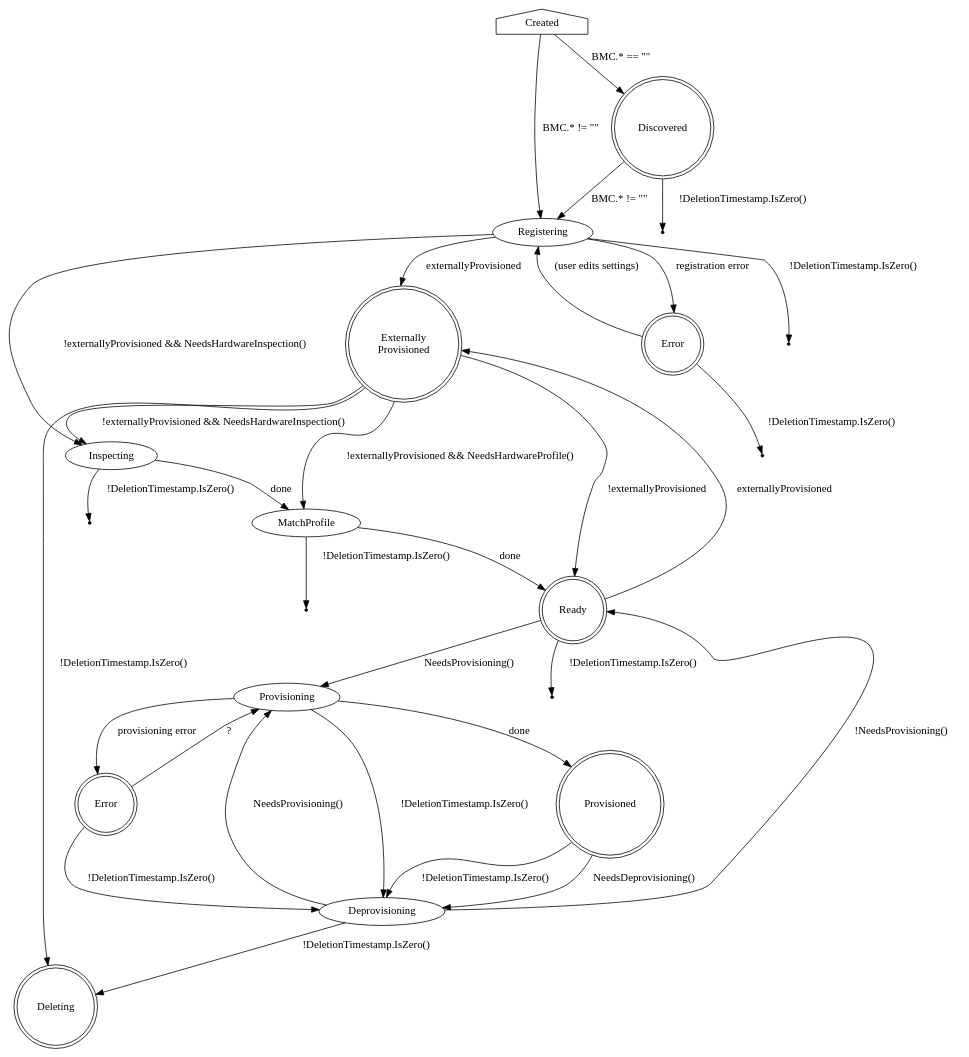
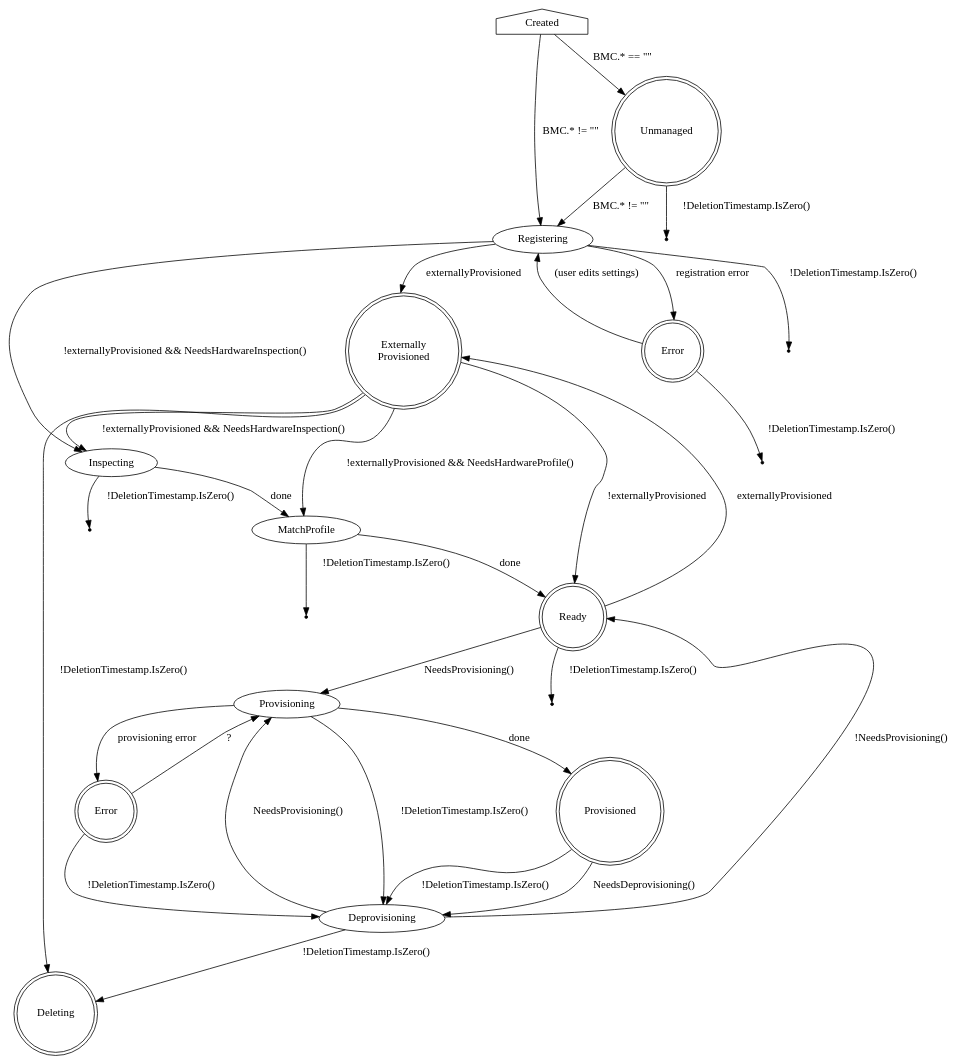
The diagram in docs/BaremetalHost_ProvisioningState.dot (metal3-io/baremetal-operator), drawn with Graphviz before and after one commit. The commit also changed 1 other file, not shown here.

Commit message:
Rename "Discovered" state to "Unmanaged" in state diagram
This state isn't actually implemented in the code, so before we
implement it rename it to "Unmanaged". This reflects the fact that what
this state really means is that the Host has been created without
attempting to provide credentials. That may have transpired through a
discovery process or some other mechanism.

```diff
--- a/docs/BaremetalHost_ProvisioningState.dot
+++ b/docs/BaremetalHost_ProvisioningState.dot
@@ -1,68 +1,68 @@
 digraph BaremetalHost {
     Created [shape=house]
-    Created -> Discovered [label="BMC.* == \"\""]
+    Created -> Unmanaged [label="BMC.* == \"\""]
     Created -> Registering [label="BMC.* != \"\""]
 
-    Discovered [shape=doublecircle]
-    Discovered -> Registering [label="BMC.* != \"\""]
-    Discovered -> Deleting1 [label="!DeletionTimestamp.IsZero()"]
+    Unmanaged [shape=doublecircle]
+    Unmanaged -> Registering [label="BMC.* != \"\""]
+    Unmanaged -> Deleting1 [label="!DeletionTimestamp.IsZero()"]
 
     Deleting1 [shape=point]
 
     ExternallyProvisioned [label="Externally\nProvisioned"]
 
     Registering -> Inspecting [label="!externallyProvisioned && NeedsHardwareInspection()"]
     Registering -> ExternallyProvisioned [label="externallyProvisioned"]
     Registering -> RegistrationError [shape=doublecircle label="registration error"]
     Registering -> Deleting2 [label="!DeletionTimestamp.IsZero()"]
 
     Deleting2 [shape=point]
 
     ExternallyProvisioned -> Inspecting [label="!externallyProvisioned && NeedsHardwareInspection()"]
     ExternallyProvisioned -> MatchProfile [label="!externallyProvisioned && NeedsHardwareProfile()"]
     ExternallyProvisioned -> Ready [label="!externallyProvisioned"]
     Ready -> ExternallyProvisioned [label="externallyProvisioned"]
 
     Inspecting -> MatchProfile [label="done"]
     Inspecting -> Deleting3 [label="!DeletionTimestamp.IsZero()"]
 
     Deleting3 [shape=point]
 
     MatchProfile -> Ready [label="done"]
     MatchProfile -> Deleting4 [label="!DeletionTimestamp.IsZero()"]
 
     Deleting4 [shape=point]
 
     RegistrationError [shape=doublecircle label="Error"]
     RegistrationError -> Registering [label="(user edits settings)"]
     RegistrationError -> Deleting5 [label="!DeletionTimestamp.IsZero()"]
 
     Deleting5 [shape=point]
 
     Ready [shape=doublecircle]
     Ready -> Provisioning [label="NeedsProvisioning()"]
     Ready -> Deleting6 [label="!DeletionTimestamp.IsZero()"]
 
     Deleting6 [shape=point]
 
     Provisioning -> Provisioned [label=done]
     Provisioning -> ProvisioningError [label="provisioning error"]
     Provisioning -> Deprovisioning [label="!DeletionTimestamp.IsZero()"]
 
     ProvisioningError [shape=doublecircle label="Error"]
     ProvisioningError -> Provisioning [label="?"]
     ProvisioningError -> Deprovisioning [label="!DeletionTimestamp.IsZero()"]
 
     Provisioned [shape=doublecircle]
     Provisioned -> Deprovisioning [label="NeedsDeprovisioning()"]
     Provisioned -> Deprovisioning [label="!DeletionTimestamp.IsZero()"]
 
     ExternallyProvisioned [shape=doublecircle]
     ExternallyProvisioned -> Deleting [label="!DeletionTimestamp.IsZero()"]
 
     Deprovisioning -> Provisioning [label="NeedsProvisioning()"]
     Deprovisioning -> Ready [label="!NeedsProvisioning()"]
     Deprovisioning -> Deleting [label="!DeletionTimestamp.IsZero()"]
 
     Deleting [shape=doublecircle]
 }
```
